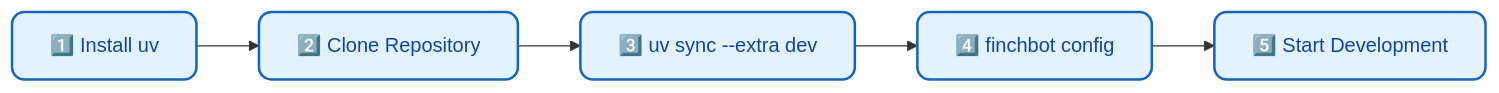
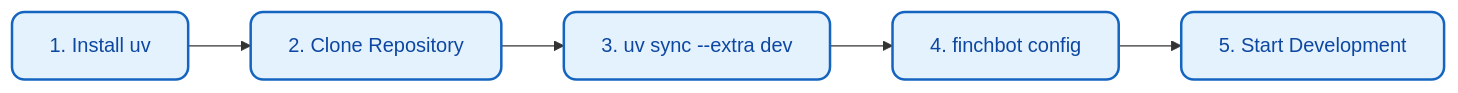
The first of 3 diagrams in docs/en-US/development.md (xt765/FinchBot), drawn with Mermaid before and after one commit. The commit also changed other lines of this file and 18 other files, not shown here.

First line of the commit message:
docs: 简化架构图并删除所有mermaid图中的表情包

````diff
--- a/docs/en-US/development.md
+++ b/docs/en-US/development.md
@@ -62,10 +62,9 @@
 ```mermaid
 flowchart LR
-    %% Style Definitions
     classDef step fill:#e3f2fd,stroke:#1565c0,stroke-width:2px,color:#0d47a1,rx:10,ry:10;
 
-    A["1️⃣ Install uv"]:::step --> B["2️⃣ Clone Repository"]:::step
-    B --> C["3️⃣ uv sync --extra dev"]:::step
-    C --> D["4️⃣ finchbot config"]:::step
-    D --> E["5️⃣ Start Development"]:::step
+    A["1. Install uv"]:::step --> B["2. Clone Repository"]:::step
+    B --> C["3. uv sync --extra dev"]:::step
+    C --> D["4. finchbot config"]:::step
+    D --> E["5. Start Development"]:::step
 ```
````
